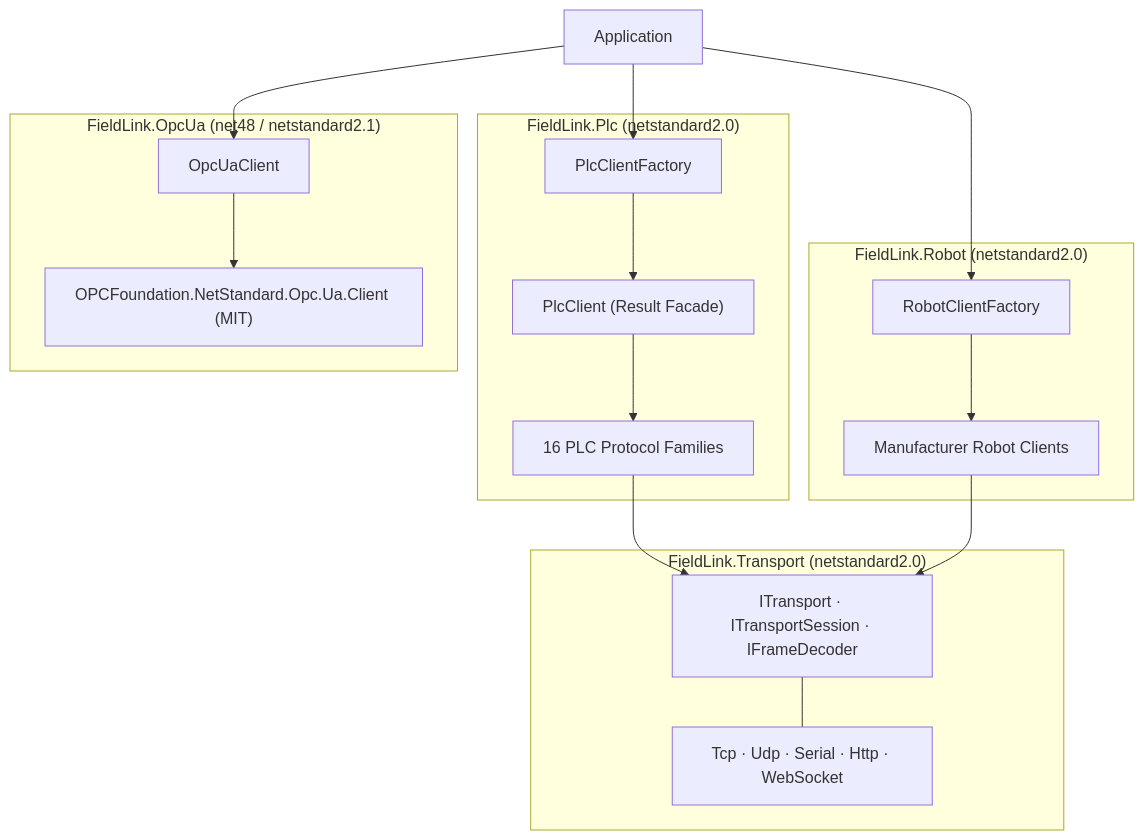
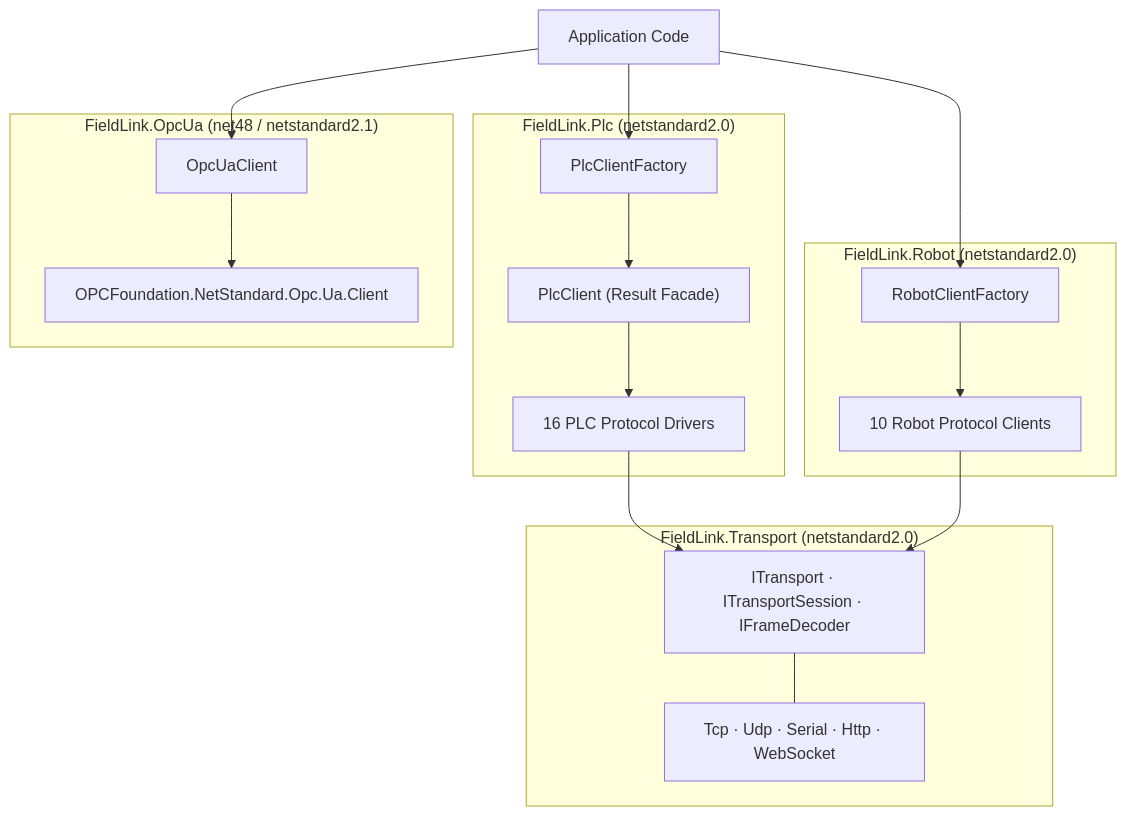
Before and after one commit to codenameis/FieldLink: the diagram in README.md, drawn with Mermaid. The commit also changed other lines of this file and 6 other files, not shown here.

````diff
--- a/README.md
+++ b/README.md
@@ -27,30 +39,30 @@
 ```mermaid
 flowchart TD
-    App["Application"]
+    App["Application Code"]
 
     subgraph Plc["FieldLink.Plc (netstandard2.0)"]
         PlcFactory["PlcClientFactory"]
         PlcClient["PlcClient (Result Facade)"]
-        PlcProto["16 PLC Protocol Families"]
+        PlcCodecs["16 PLC Protocol Drivers"]
     end
 
     subgraph Robot["FieldLink.Robot (netstandard2.0)"]
         RobotFactory["RobotClientFactory"]
-        RobotClients["Manufacturer Robot Clients"]
+        RobotCodecs["10 Robot Protocol Clients"]
     end
 
     subgraph OpcUa["FieldLink.OpcUa (net48 / netstandard2.1)"]
         UaClient["OpcUaClient"]
-        UaStack["OPCFoundation.NetStandard.Opc.Ua.Client (MIT)"]
+        UaStack["OPCFoundation.NetStandard.Opc.Ua.Client"]
     end
 
     subgraph Transport["FieldLink.Transport (netstandard2.0)"]
-        ITransport["ITransport · ITransportSession · IFrameDecoder"]
+        Contracts["ITransport · ITransportSession · IFrameDecoder"]
         Channels["Tcp · Udp · Serial · Http · WebSocket"]
     end
 
-    App --> PlcFactory --> PlcClient --> PlcProto --> ITransport
-    App --> RobotFactory --> RobotClients --> ITransport
-    ITransport --- Channels
+    App --> PlcFactory --> PlcClient --> PlcCodecs --> Contracts
+    App --> RobotFactory --> RobotCodecs --> Contracts
+    Contracts --- Channels
     App --> UaClient --> UaStack
 ```
````
